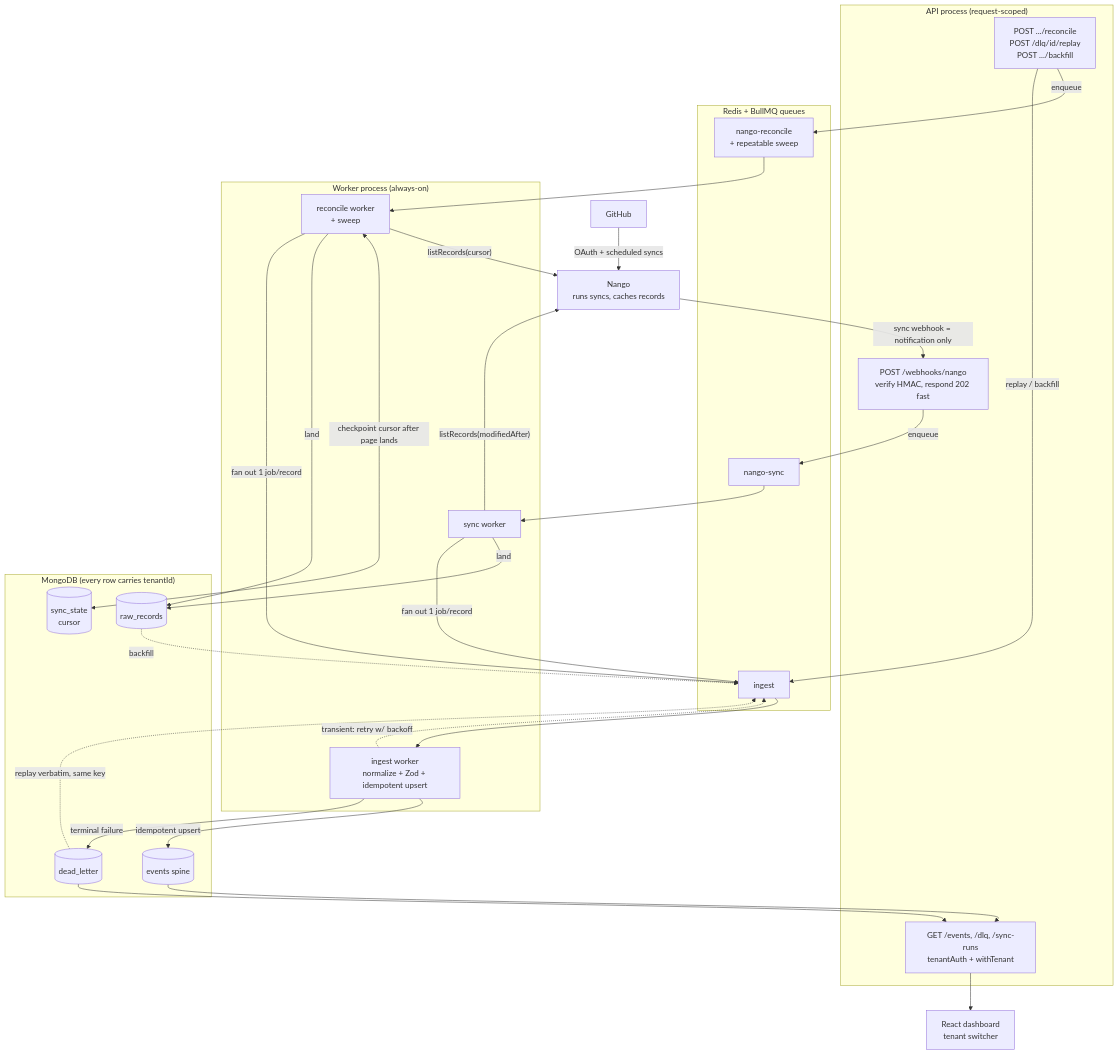
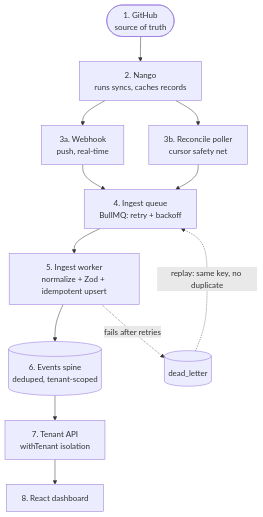
One commit to AmaanKhan63/shiplog-prototype changed the diagram in README.md. Above: the diagram before and after it, drawn with Mermaid. The commit also changed other lines of this file, not shown here.

Commit message:
docs: simplify architecture diagram and fix stale command refs
- Architecture diagram reworked into a clean numbered top-to-bottom flow
  (1 GitHub -> ... -> 8 dashboard) showing the two delivery paths converging
  on the ingest queue and the DLQ/replay loop. The subgraph boxes and long
  back-edges that made the auto-layout unreadable are gone; collection-level
  detail stays in the ASCII diagram + prose below.
- Fix stale command references left over from removing the seed/enqueue/verify
  scripts: drop `npm run verify` (M1 reframed around the test suite + replay
  demo), drop `npm run enqueue` (M2), `npm run seed` -> `npm run setup-tenants`
  (M6 quickstart + roadmap), and the reconcile default note GithubIssue -> Commit.

````diff
--- a/README.md
+++ b/README.md
@@ -328,59 +320,26 @@
 ```mermaid
 flowchart TB
-  GH["GitHub"]
-  NG["Nango<br/>runs syncs, caches records"]
-  GH -->|"OAuth + scheduled syncs"| NG
+  GH(["1. GitHub<br/>source of truth"]):::start
+  NG["2. Nango<br/>runs syncs, caches records"]:::ext
+  WH["3a. Webhook<br/>push, real-time"]:::api
+  POLL["3b. Reconcile poller<br/>cursor safety net"]:::worker
+  IQ["4. Ingest queue<br/>BullMQ: retry + backoff"]:::queue
+  IW["5. Ingest worker<br/>normalize + Zod + idempotent upsert"]:::worker
+  EVT[("6. Events spine<br/>deduped, tenant-scoped")]:::spine
+  API["7. Tenant API<br/>withTenant isolation"]:::api
+  DASH["8. React dashboard"]:::ui
+  DLQ[("dead_letter")]:::store
 
-  subgraph API["API process (request-scoped)"]
-    WH["POST /webhooks/nango<br/>verify HMAC, respond 202 fast"]
-    TRIG["POST .../reconcile<br/>POST /dlq/id/replay<br/>POST .../backfill"]
-    READ["GET /events, /dlq, /sync-runs<br/>tenantAuth + withTenant"]
-  end
+  GH --> NG
+  NG --> WH
+  NG --> POLL
+  WH --> IQ
+  POLL --> IQ
+  IQ --> IW
+  IW --> EVT
+  EVT --> API
+  API --> DASH
 
-  subgraph REDIS["Redis + BullMQ queues"]
-    SQ["nango-sync"]
-    RQ["nango-reconcile<br/>+ repeatable sweep"]
-    IQ["ingest"]
-  end
-
-  subgraph WORKER["Worker process (always-on)"]
-    SW["sync worker"]
-    RW["reconcile worker<br/>+ sweep"]
-    IW["ingest worker<br/>normalize + Zod + idempotent upsert"]
-  end
-
-  subgraph MONGO["MongoDB (every row carries tenantId)"]
-    RR[("raw_records")]
-    SS[("sync_state<br/>cursor")]
-    EVT[("events spine")]
-    DLQ[("dead_letter")]
-  end
-
-  NG -->|"sync webhook = notification only"| WH
-  WH -->|"enqueue"| SQ
-  TRIG -->|"enqueue"| RQ
-  TRIG -->|"replay / backfill"| IQ
-
-  SQ --> SW
-  RQ --> RW
-  IQ --> IW
-
-  SW -->|"listRecords(modifiedAfter)"| NG
-  RW -->|"listRecords(cursor)"| NG
-  RW <-->|"checkpoint cursor after page lands"| SS
-  SW -->|"land"| RR
-  RW -->|"land"| RR
-  SW -->|"fan out 1 job/record"| IQ
-  RW -->|"fan out 1 job/record"| IQ
-
-  IW -->|"idempotent upsert"| EVT
-  IW -.->|"transient: retry w/ backoff"| IQ
-  IW -->|"terminal failure"| DLQ
-
-  RR -.->|"backfill"| IQ
-  DLQ -.->|"replay verbatim, same key"| IQ
-
-  EVT --> READ
-  DLQ --> READ
-  READ --> DASH["React dashboard<br/>tenant switcher"]
+  IW -.->|"fails after retries"| DLQ
+  DLQ -.->|"replay: same key, no duplicate"| IQ
 ```
````
